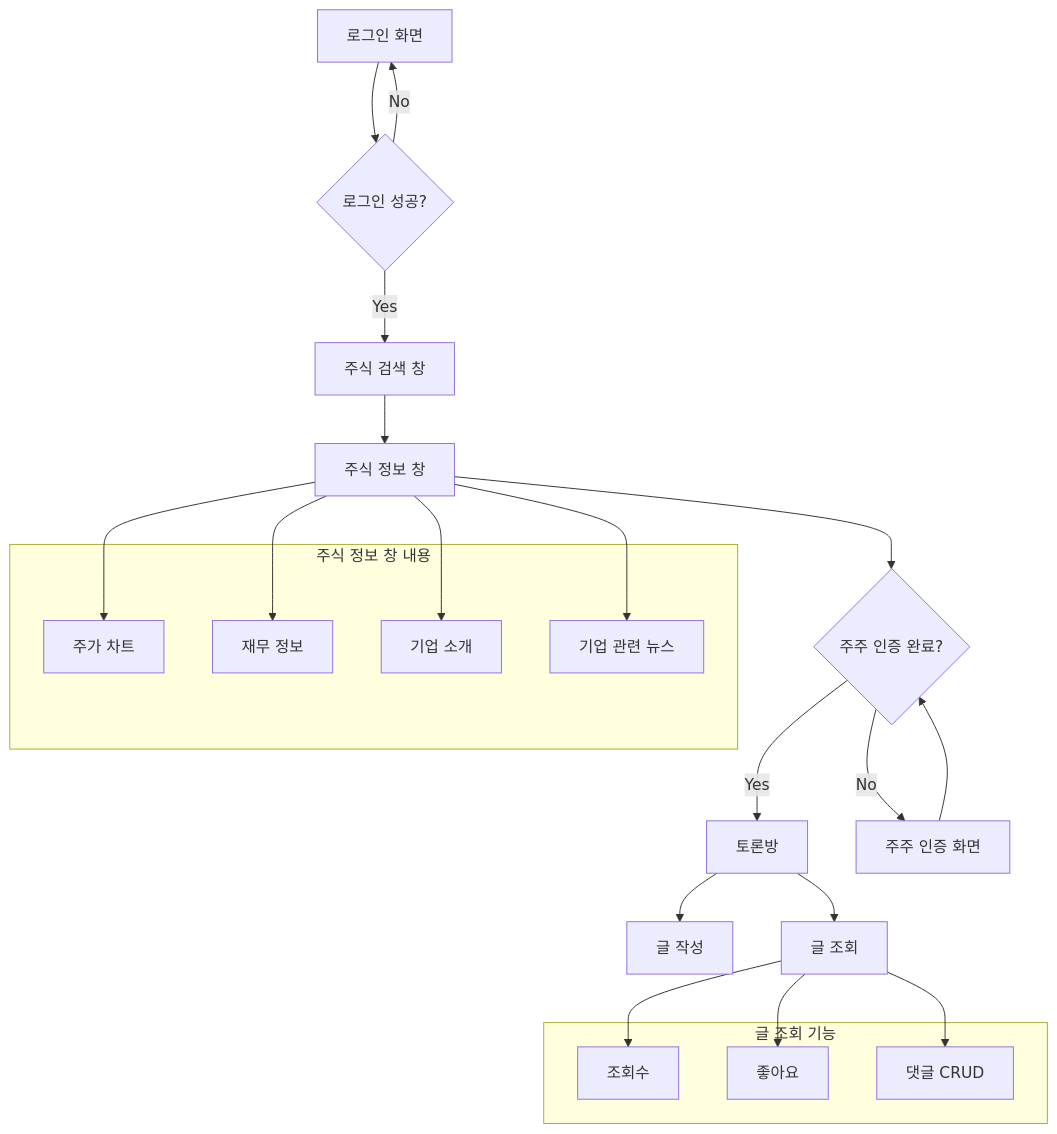
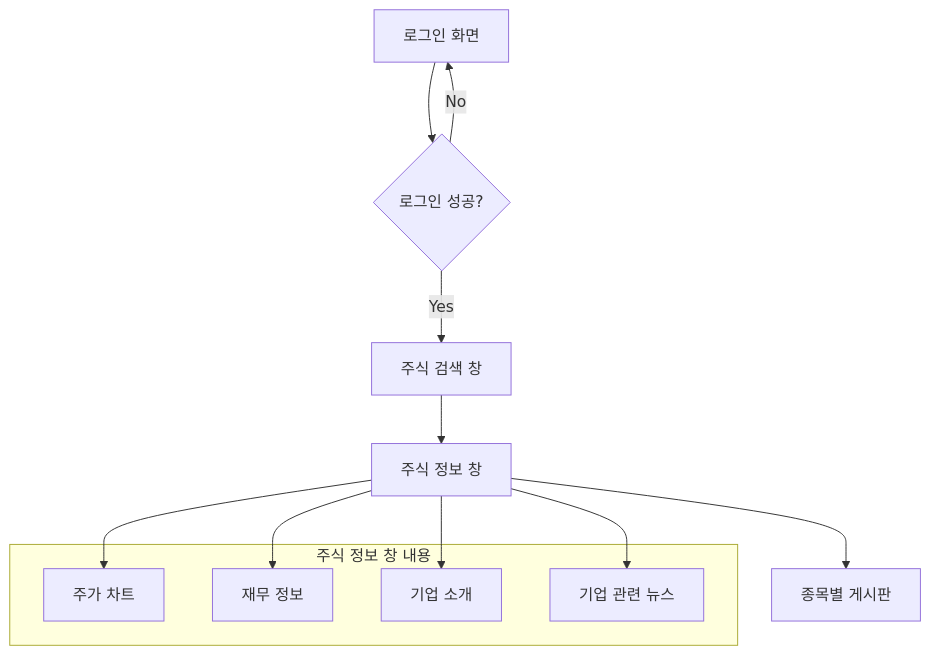
Before and after one commit to Donggyu-Kim1/stalk: the second of 2 diagrams in README.md, drawn with Mermaid. The commit also changed other lines of this file and 22 other files, not shown here.

````diff
--- a/README.md
+++ b/README.md
@@ -207,36 +229,20 @@
 ```mermaid
     graph TD
         A[로그인 화면] --> B{로그인 성공?}
         B -->|Yes| C[주식 검색 창]
         B -->|No| A
         C --> D[주식 정보 창]
-        D --> E{주주 인증 완료?}
-        E -->|Yes| F[토론방]
-        E -->|No| G[주주 인증 화면]
-        G --> E
-        
-        F --> H[글 작성]
-        F --> I[글 조회]
+        D --> E[종목별 게시판]
         
         subgraph "주식 정보 창 내용"
             D1[주가 차트]
             D2[재무 정보]
             D3[기업 소개]
             D4[기업 관련 뉴스]
         end
-
-        subgraph "글 조회 기능"
-            I1[조회수]
-            I2[좋아요]
-            I3[댓글 CRUD]
-        end
         
         D --> D1
         D --> D2
         D --> D3
         D --> D4
-
-        I --> I1
-        I --> I2
-        I --> I3
 ```
````
